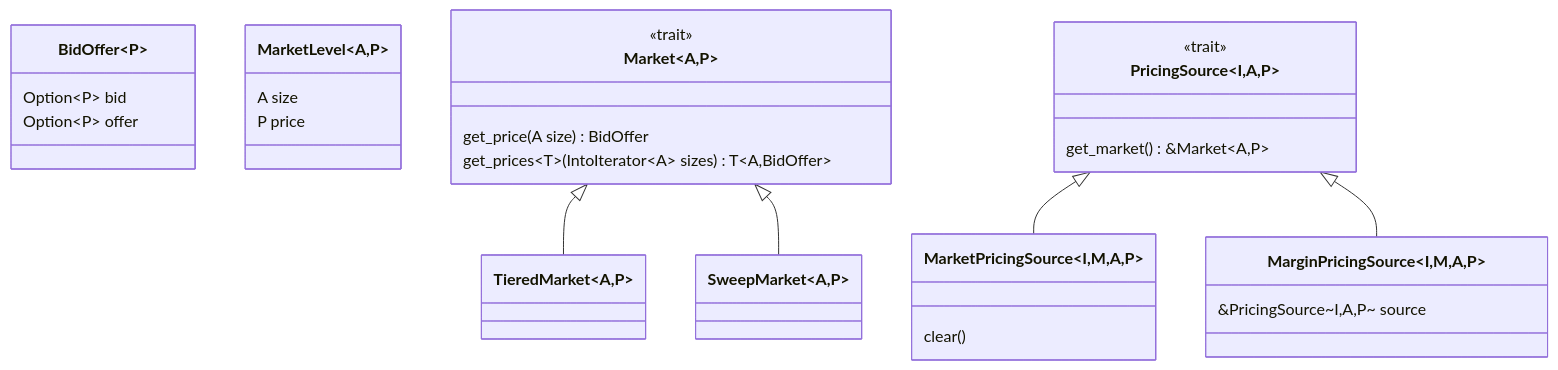
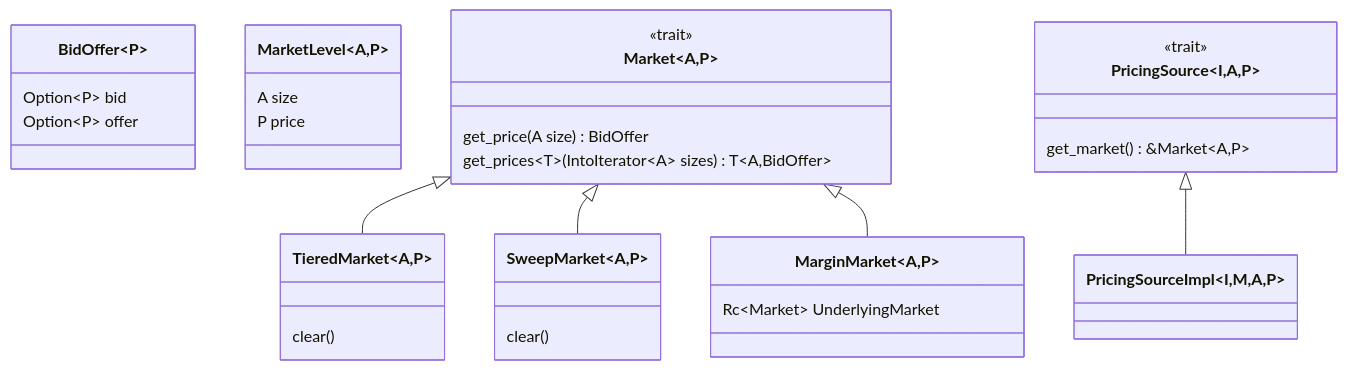
One commit to markrpaterson/pricing changed the diagram in README.md. Above: the diagram before and after it, drawn with Mermaid.

Commit message:
Further UML updates

````diff
--- a/README.md
+++ b/README.md
@@ -4,39 +4,44 @@
 ```mermaid
 classDiagram
     class BidOffer~P~ {
         Option~P~ bid
         Option~P~ offer
     }
 
     class MarketLevel~A,P~ {
         A size
         P price
     }
 
     class Market~A,P~ {
         <<trait>>
         get_price(A size) BidOffer
         get_prices~T~(IntoIterator~A~ sizes) T~A,BidOffer~
     }
 
-    class TieredMarket~A,P~
+    class TieredMarket~A,P~ {
+        clear()
+    }
     Market <|-- TieredMarket
 
-    class SweepMarket~A,P~
+    class SweepMarket~A,P~ {
+        clear()
+    }
     Market <|-- SweepMarket
+
+    class MarginMarket~A,P~ {
+        Rc~Market~ UnderlyingMarket
+    }
+    Market <|-- MarginMarket
 
     class PricingSource~I,A,P~ {
         <<trait>>
         get_market() &Market~A,P~
     }
 
-    class MarketPricingSource~I,M,A,P~ {
-        clear()
+    class PricingSourceImpl~I,M,A,P~ {
+        
     }
-    PricingSource <|-- MarketPricingSource
+    PricingSource <|-- PricingSourceImpl
 
-    class MarginPricingSource~I,M,A,P~ {
-        &PricingSource~I,A,P~ source
-    }
-    PricingSource <|-- MarginPricingSource
 ```
````
